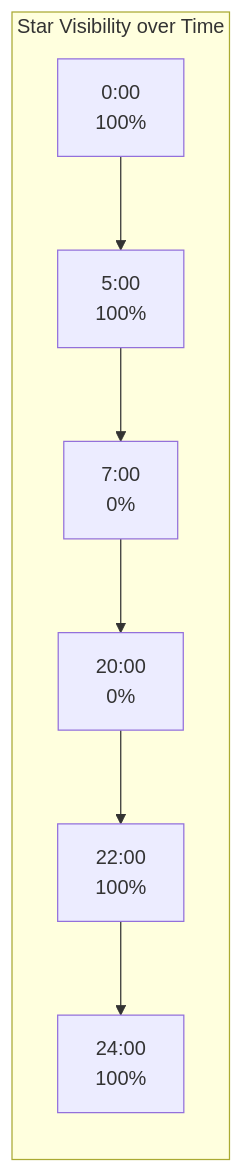
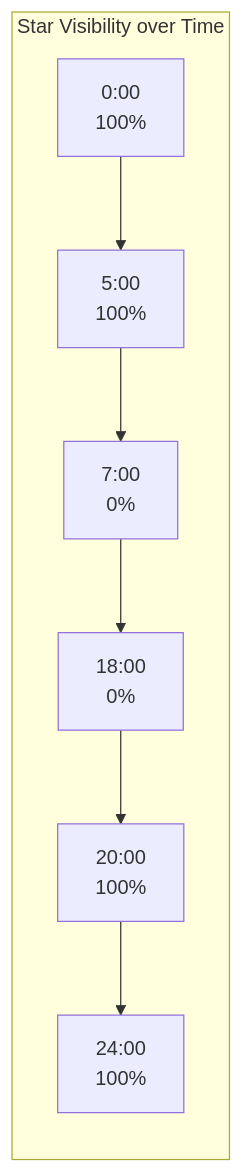
The fourth of 6 diagrams in docs/TIME_SYSTEM.md (baaz777/rift), drawn with Mermaid before and after one commit. The commit also changed other lines of this file, not shown here.

```diff
--- a/docs/TIME_SYSTEM.md
+++ b/docs/TIME_SYSTEM.md
@@ -240,10 +243,10 @@
 <pre class="mermaid">
 graph LR
     subgraph Visibility["Star Visibility over Time"]
         T0["0:00<br/>100%"] --> T5["5:00<br/>100%"]
         T5 --> T7["7:00<br/>0%"]
-        T7 --> T20["20:00<br/>0%"]
-        T20 --> T22["22:00<br/>100%"]
-        T22 --> T24["24:00<br/>100%"]
+        T7 --> T18["18:00<br/>0%"]
+        T18 --> T20["20:00<br/>100%"]
+        T20 --> T24["24:00<br/>100%"]
     end
 </pre>
```
